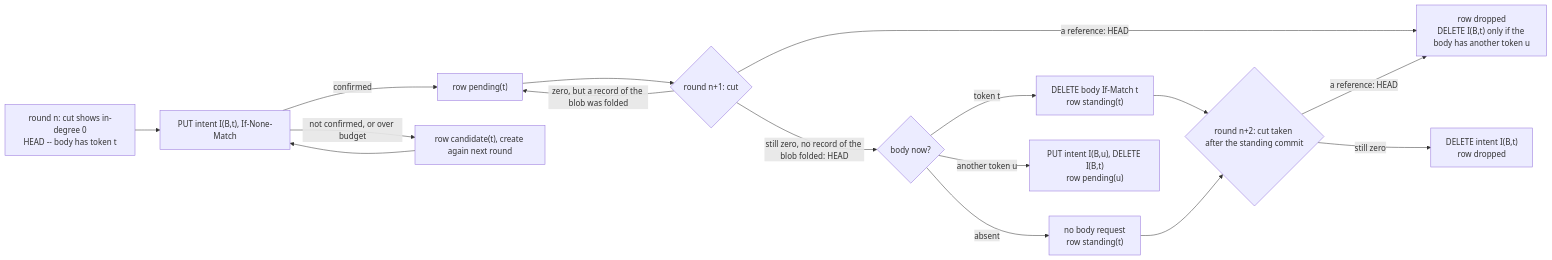
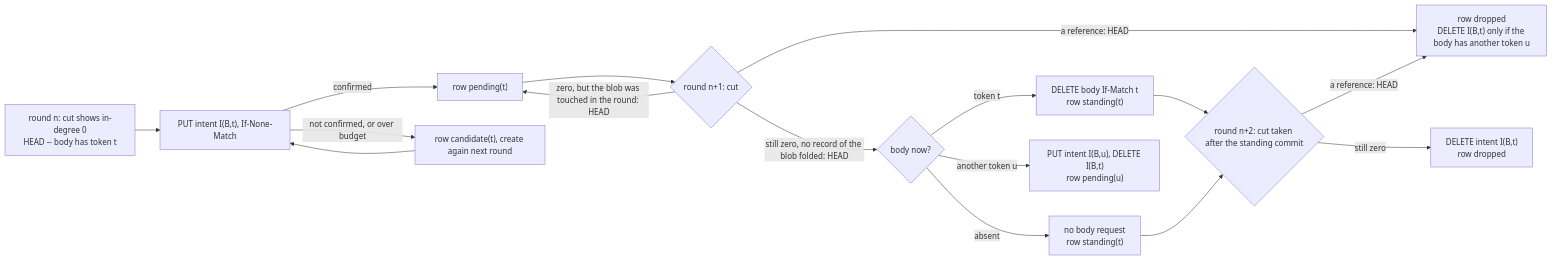
The third of 3 diagrams in docs/en/antalya/cas/architecture/garbage-collection.md (Altinity/ClickHouse), drawn with Mermaid before and after one commit. The commit also changed other lines of this file and 7 other files, not shown here.

````diff
--- a/docs/en/antalya/cas/architecture/garbage-collection.md
+++ b/docs/en/antalya/cas/architecture/garbage-collection.md
@@ -758,18 +759,18 @@
 ```mermaid
 flowchart LR
     A["round n: cut shows in-degree 0<br/>HEAD -- body has token t"] --> B["PUT intent I(B,t), If-None-Match"]
     B -->|confirmed| P["row pending(t)"]
     B -->|"not confirmed, or over budget"| C["row candidate(t), create again next round"]
     C --> B
     P --> D{"round n+1: cut"}
     D -->|"a reference: HEAD"| S["row dropped<br/>DELETE I(B,t) only if the body has another token u"]
     D -->|"still zero, no record of the blob folded: HEAD"| E{"body now?"}
-    D -->|"zero, but a record of the blob was folded"| P
+    D -->|"zero, but the blob was touched in the round: HEAD"| P
     E -->|"token t"| F["DELETE body If-Match t<br/>row standing(t)"]
     E -->|"absent"| F2["no body request<br/>row standing(t)"]
     E -->|"another token u"| T["PUT intent I(B,u), DELETE I(B,t)<br/>row pending(u)"]
     F --> G{"round n+2: cut taken after the standing commit"}
     F2 --> G
     G -->|"a reference: HEAD"| S
     G -->|"still zero"| H["DELETE intent I(B,t)<br/>row dropped"]
 ```
````
